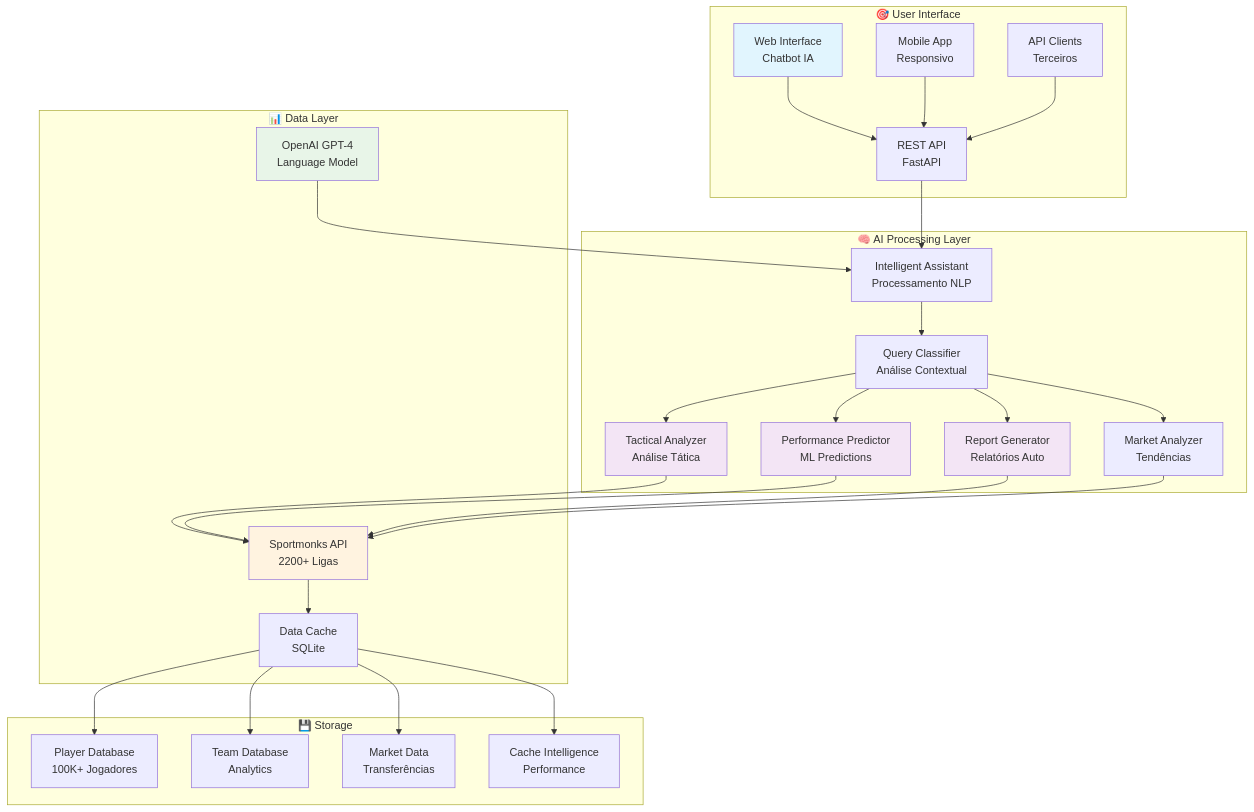
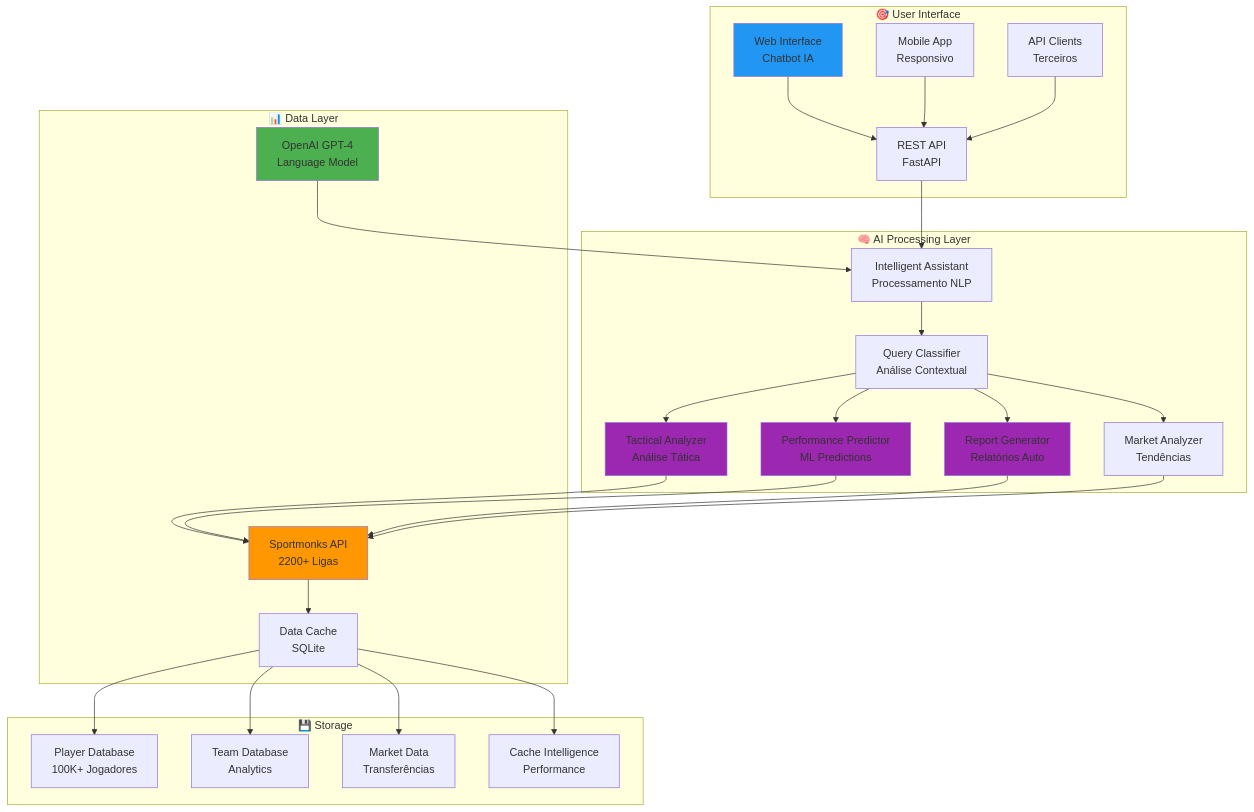
The second of 6 diagrams in README.md (gregorizeidler/soccer_scout_AI), drawn with Mermaid before and after one commit. The commit also changed other lines of this file, not shown here.

````diff
--- a/README.md
+++ b/README.md
@@ -133,40 +133,40 @@
 ```mermaid
 graph TB
     subgraph "🎯 User Interface"
         A[Web Interface<br/>Chatbot IA] --> B[REST API<br/>FastAPI]
         C[Mobile App<br/>Responsivo] --> B
         D[API Clients<br/>Terceiros] --> B
     end
     
     subgraph "🧠 AI Processing Layer"
         B --> E[Intelligent Assistant<br/>Processamento NLP]
         E --> F[Query Classifier<br/>Análise Contextual]
         F --> G[Tactical Analyzer<br/>Análise Tática]
         F --> H[Performance Predictor<br/>ML Predictions]
         F --> I[Report Generator<br/>Relatórios Auto]
         F --> J[Market Analyzer<br/>Tendências]
     end
     
     subgraph "📊 Data Layer"
         G --> K[Sportmonks API<br/>2200+ Ligas]
         H --> K
         I --> K
         J --> K
         K --> L[Data Cache<br/>SQLite]
         M[OpenAI GPT-4<br/>Language Model] --> E
     end
     
     subgraph "💾 Storage"
         L --> N[Player Database<br/>100K+ Jogadores]
         L --> O[Team Database<br/>Analytics]
         L --> P[Market Data<br/>Transferências]
         L --> Q[Cache Intelligence<br/>Performance]
     end
     
-    style A fill:#e1f5fe
-    style G fill:#f3e5f5
-    style H fill:#f3e5f5
-    style I fill:#f3e5f5
-    style K fill:#fff3e0
-    style M fill:#e8f5e8
+    style A fill:#2196f3
+    style G fill:#9c27b0
+    style H fill:#9c27b0
+    style I fill:#9c27b0
+    style K fill:#ff9800
+    style M fill:#4caf50
 ```
````
